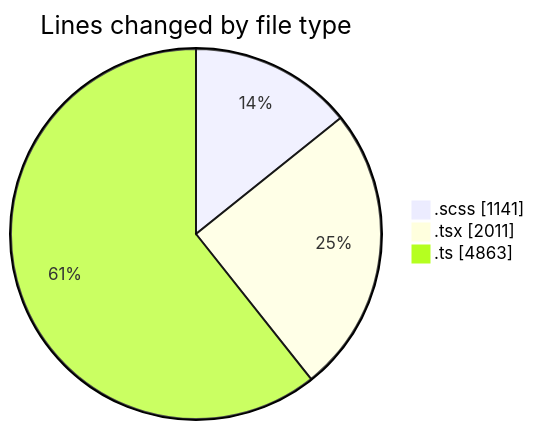
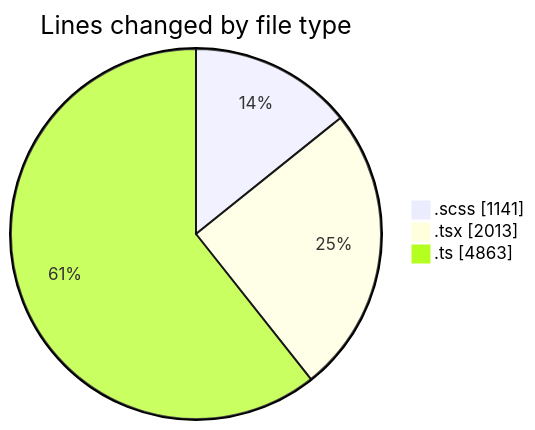
Before and after one commit to momahboobian/code-tracking: the first of 2 diagrams in 2025-03-28/cda/README.md, drawn with Mermaid. The commit also changed other lines of this file and 1 other file, not shown here.

````diff
--- a/2025-03-28/cda/README.md
+++ b/2025-03-28/cda/README.md
@@ -31,7 +31,7 @@
 ```mermaid
 pie showData
 title Lines changed by file type
 ".scss" : 1141
-".tsx" : 2011
+".tsx" : 2013
 ".ts" : 4863
 ```
````
